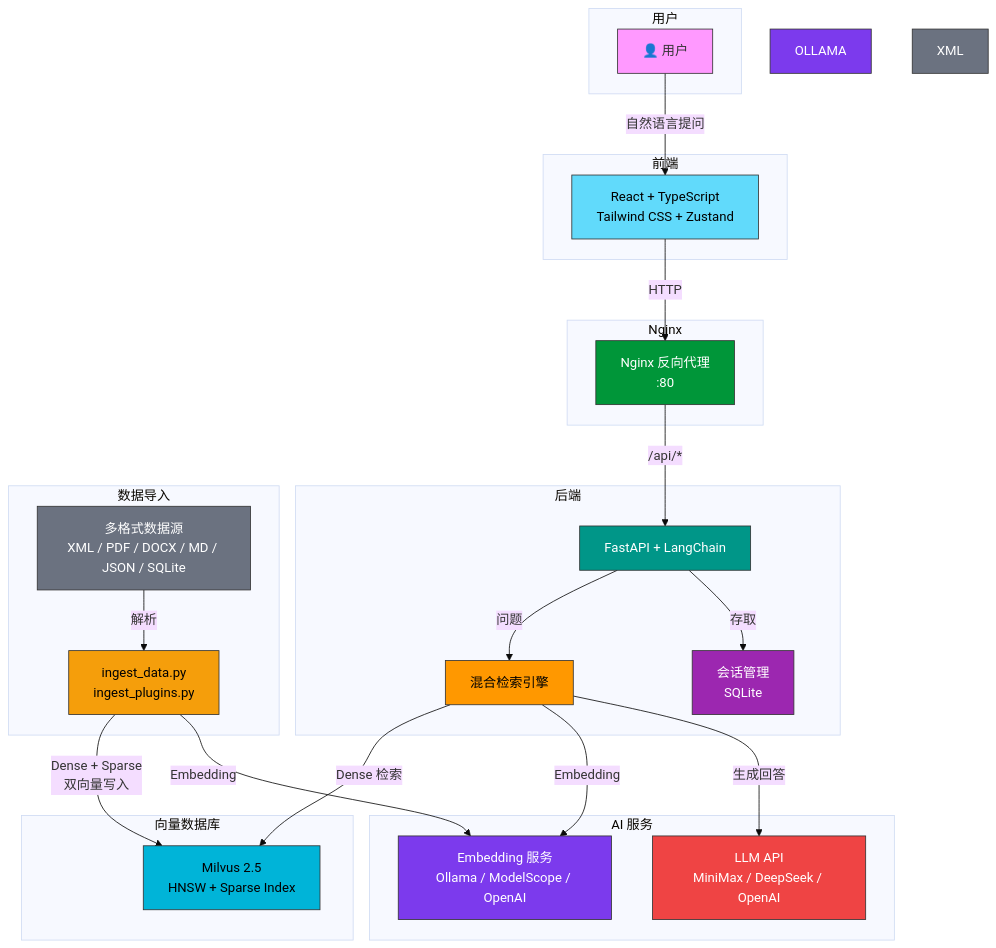
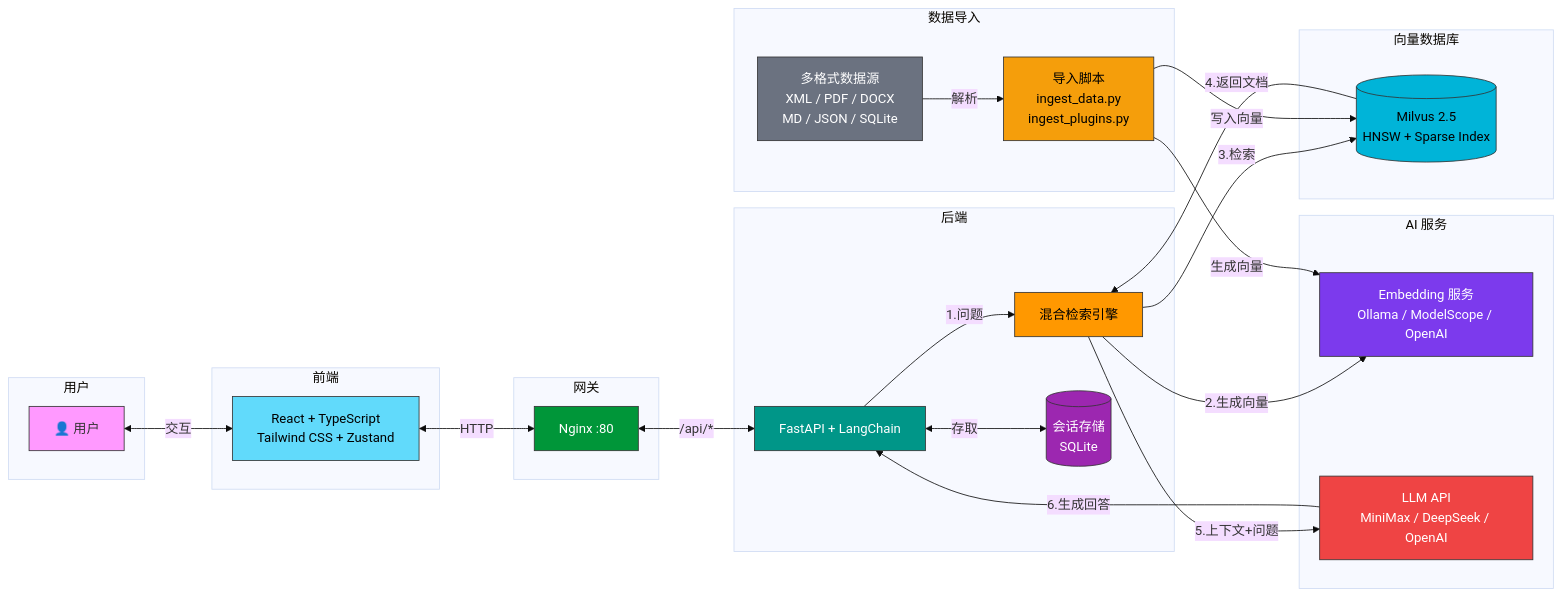
Before and after one commit to FOOL0X/Milvus: the diagram in README.md, drawn with Mermaid (base theme).

Commit message:
docs: 修复架构图 - 清理残留引用、修正数据流、添加编号标注

````diff
--- a/README.md
+++ b/README.md
@@ -16,60 +16,60 @@
 ```mermaid
-graph TB
+graph LR
     subgraph 用户
         U[👤 用户]
     end
 
     subgraph 前端
         FE[React + TypeScript<br/>Tailwind CSS + Zustand]
     end
 
-    subgraph Nginx
-        NX[Nginx 反向代理<br/>:80]
+    subgraph 网关
+        NX[Nginx :80]
     end
 
     subgraph 后端
         API[FastAPI + LangChain]
         SEARCH[混合检索引擎]
-        SESSION[会话管理<br/>SQLite]
+        SESSION[(会话存储<br/>SQLite)]
     end
 
     subgraph 向量数据库
-        MIL[Milvus 2.5<br/>HNSW + Sparse Index]
+        MIL[(Milvus 2.5<br/>HNSW + Sparse Index)]
     end
 
     subgraph AI 服务
         EMB[Embedding 服务<br/>Ollama / ModelScope / OpenAI]
         LLM[LLM API<br/>MiniMax / DeepSeek / OpenAI]
     end
 
     subgraph 数据导入
-        INGEST[ingest_data.py<br/>ingest_plugins.py]
-        DATA[多格式数据源<br/>XML / PDF / DOCX / MD / JSON / SQLite]
+        INGEST[导入脚本<br/>ingest_data.py<br/>ingest_plugins.py]
+        DATA[多格式数据源<br/>XML / PDF / DOCX<br/>MD / JSON / SQLite]
     end
 
-    U -->|自然语言提问| FE
-    FE -->|HTTP| NX
-    NX -->|/api/*| API
-    API -->|问题| SEARCH
-    API -->|存取| SESSION
-    SEARCH -->|Dense 检索| MIL
-    SEARCH -->|Embedding| EMB
-    SEARCH -->|生成回答| LLM
-    INGEST -->|Dense + Sparse<br/>双向量写入| MIL
-    INGEST -->|Embedding| EMB
+    U <-->|交互| FE
+    FE <-->|HTTP| NX
+    NX <-->|/api/*| API
+    API <-->|存取| SESSION
+    API -->|1.问题| SEARCH
+    SEARCH -->|2.生成向量| EMB
+    SEARCH -->|3.检索| MIL
+    MIL -->|4.返回文档| SEARCH
+    SEARCH -->|5.上下文+问题| LLM
+    LLM -->|6.生成回答| API
     DATA -->|解析| INGEST
+    INGEST -->|写入向量| MIL
+    INGEST -->|生成向量| EMB
 
     style U fill:#f9f,stroke:#333
     style FE fill:#61dafb,stroke:#333,color:#000
     style NX fill:#009639,stroke:#333,color:#fff
     style API fill:#009688,stroke:#333,color:#fff
     style SEARCH fill:#ff9800,stroke:#333,color:#000
     style SESSION fill:#9c27b0,stroke:#333,color:#fff
     style MIL fill:#00b4d8,stroke:#333,color:#000
-    style OLLAMA fill:#7c3aed,stroke:#333,color:#fff
     style EMB fill:#7c3aed,stroke:#333,color:#fff
     style LLM fill:#ef4444,stroke:#333,color:#fff
     style INGEST fill:#f59e0b,stroke:#333,color:#000
-    style XML fill:#6b7280,stroke:#333,color:#fff
     style DATA fill:#6b7280,stroke:#333,color:#fff
 ```
````
